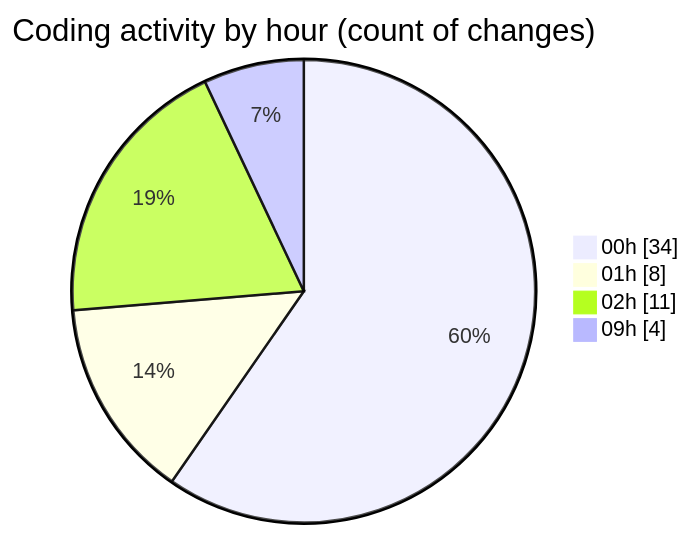
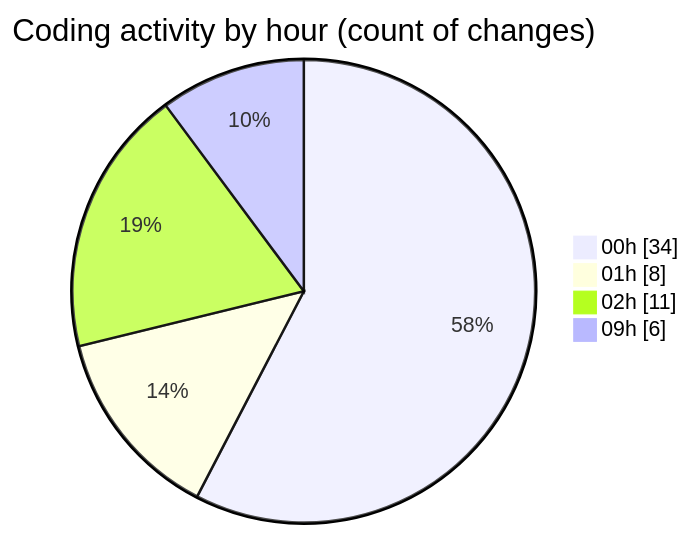
Before and after one commit to Elitesun/code-tracking: the second of 2 diagrams in 2025-05-18/niten/README.md, drawn with Mermaid. The commit also changed other lines of this file and 1 other file, not shown here.

````diff
--- a/2025-05-18/niten/README.md
+++ b/2025-05-18/niten/README.md
@@ -50,8 +50,8 @@
 ```mermaid
 pie showData
 title Coding activity by hour (count of changes)
 "00h" : 34
 "01h" : 8
 "02h" : 11
-"09h" : 4
+"09h" : 6
 ```
````
